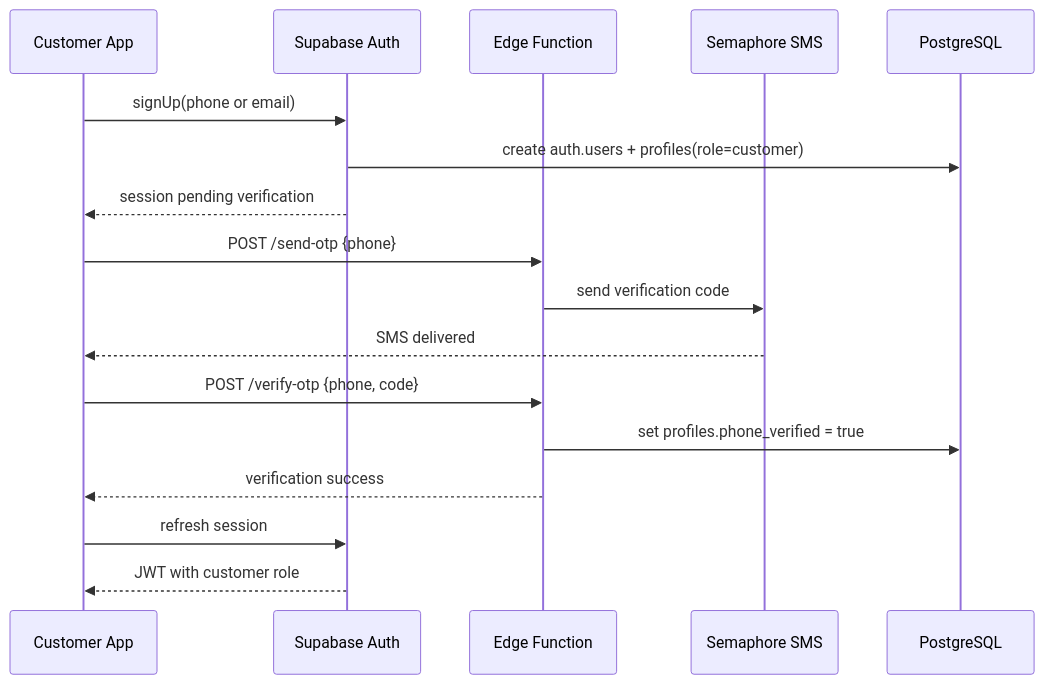
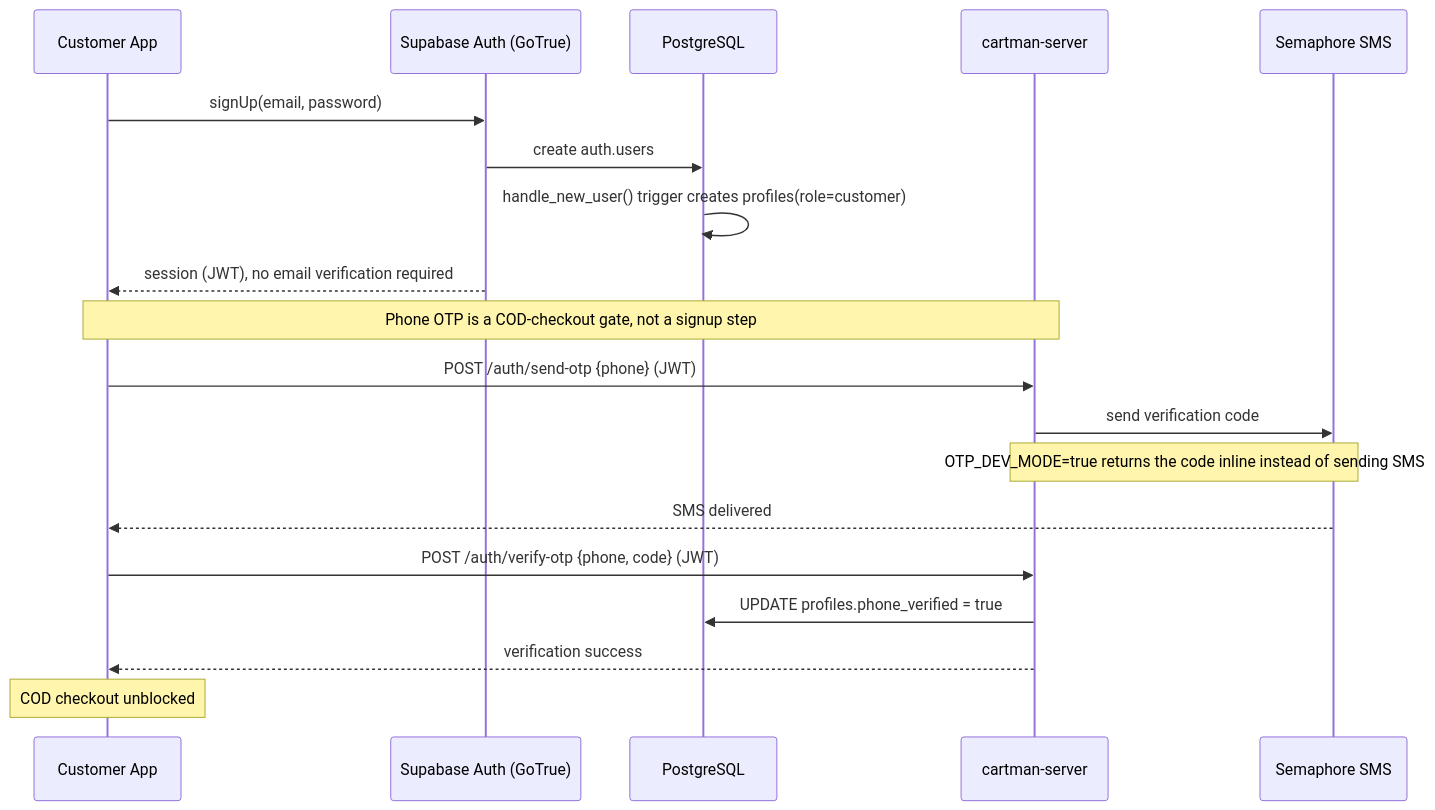
Before and after one commit to xzen-projects/cartman-ph-docs: the fourth of 14 diagrams in ARCHITECTURE.md, drawn with Mermaid. The commit also changed other lines of this file, not shown here.

First line of the commit message:
docs: reconcile ARCHITECTURE.md with implemented server reality

````diff
--- a/ARCHITECTURE.md
+++ b/ARCHITECTURE.md
@@ -308,20 +301,22 @@
 ```mermaid
 sequenceDiagram
   participant C as Customer App
-  participant Auth as Supabase Auth
-  participant Edge as Edge Function
+  participant Auth as Supabase Auth (GoTrue)
+  participant DB as PostgreSQL
+  participant Server as cartman-server
   participant SMS as Semaphore SMS
-  participant DB as PostgreSQL
 
-  C->>Auth: signUp(phone or email)
-  Auth->>DB: create auth.users + profiles(role=customer)
-  Auth-->>C: session pending verification
-  C->>Edge: POST /send-otp {phone}
-  Edge->>SMS: send verification code
+  C->>Auth: signUp(email, password)
+  Auth->>DB: create auth.users
+  DB->>DB: handle_new_user() trigger creates profiles(role=customer)
+  Auth-->>C: session (JWT), no email verification required
+  Note over C,Server: Phone OTP is a COD-checkout gate, not a signup step
+  C->>Server: POST /auth/send-otp {phone} (JWT)
+  Server->>SMS: send verification code
+  Note over Server,SMS: OTP_DEV_MODE=true returns the code inline instead of sending SMS
   SMS-->>C: SMS delivered
-  C->>Edge: POST /verify-otp {phone, code}
-  Edge->>DB: set profiles.phone_verified = true
-  Edge-->>C: verification success
-  C->>Auth: refresh session
-  Auth-->>C: JWT with customer role
+  C->>Server: POST /auth/verify-otp {phone, code} (JWT)
+  Server->>DB: UPDATE profiles.phone_verified = true
+  Server-->>C: verification success
+  Note over C: COD checkout unblocked
 ```
````
